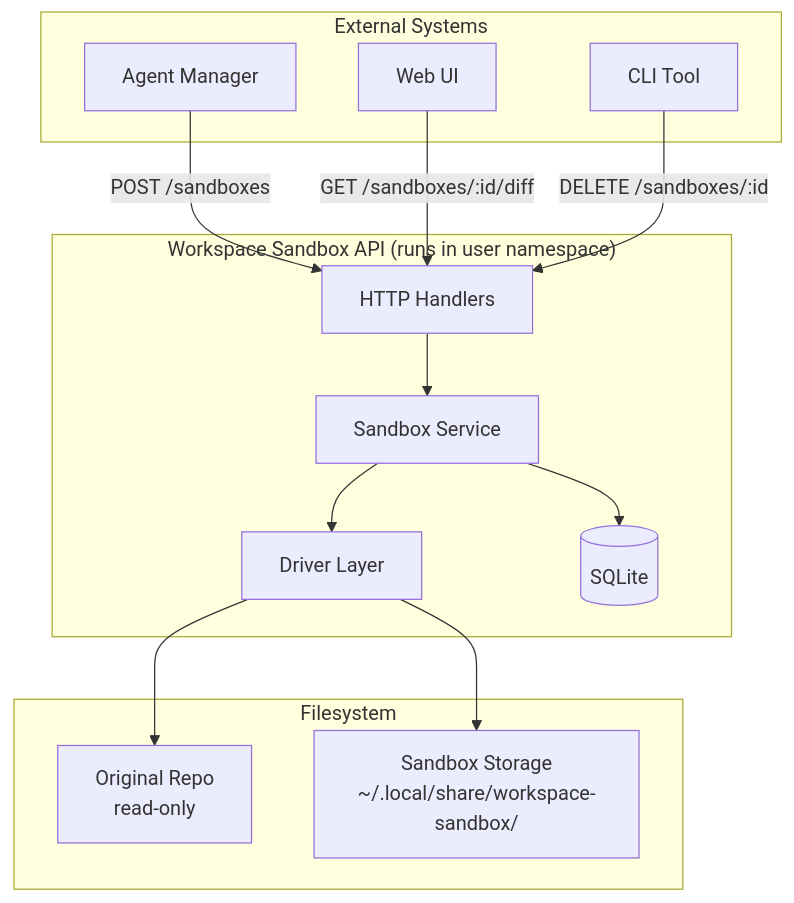
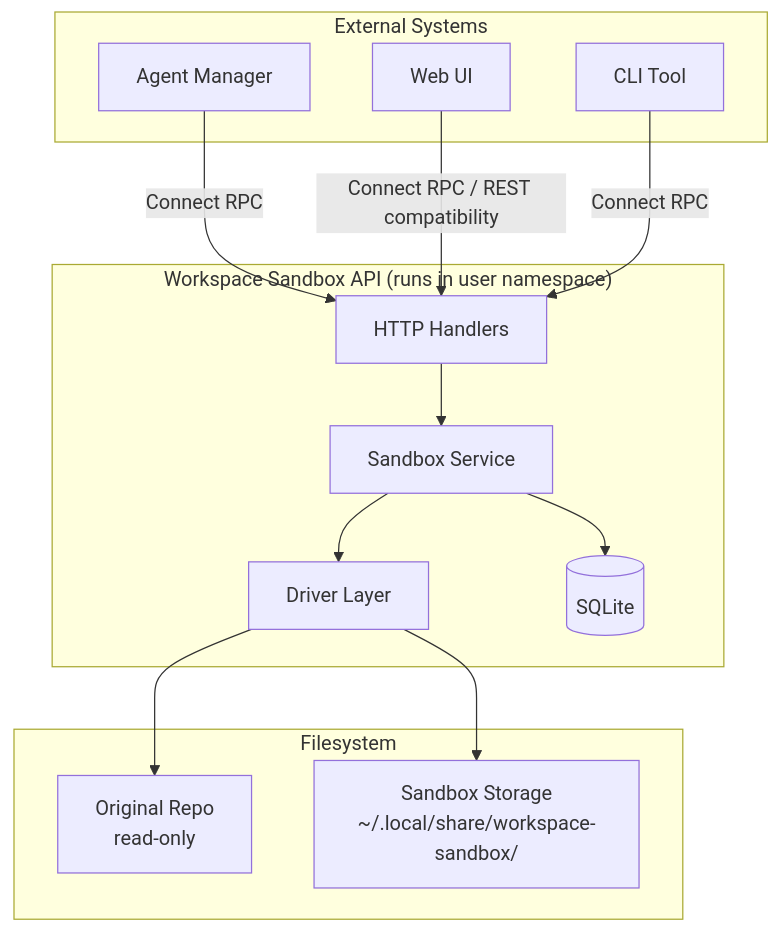
The first of 8 diagrams in scenarios/workspace-sandbox/docs/ARCHITECTURE.md (Vrooli/Vrooli), drawn with Mermaid before and after one commit. The commit also changed other lines of this file and 70 other files, not shown here.

````diff
--- a/scenarios/workspace-sandbox/docs/ARCHITECTURE.md
+++ b/scenarios/workspace-sandbox/docs/ARCHITECTURE.md
@@ -57,30 +57,30 @@
 ```mermaid
 flowchart TB
     subgraph External["External Systems"]
         AM[Agent Manager]
         UI[Web UI]
         CLI[CLI Tool]
     end
 
     subgraph API["Workspace Sandbox API (runs in user namespace)"]
         H[HTTP Handlers]
         S[Sandbox Service]
         D[Driver Layer]
         DB[(SQLite)]
     end
 
     subgraph Storage["Filesystem"]
         OR[Original Repo<br/>read-only]
         SB[Sandbox Storage<br/>~/.local/share/workspace-sandbox/]
     end
 
-    AM -->|"POST /sandboxes"| H
-    UI -->|"GET /sandboxes/:id/diff"| H
-    CLI -->|"DELETE /sandboxes/:id"| H
+    AM -->|"Connect RPC"| H
+    UI -->|"Connect RPC / REST compatibility"| H
+    CLI -->|"Connect RPC"| H
 
     H --> S
     S --> D
     S --> DB
     D --> OR
     D --> SB
 ```
````
